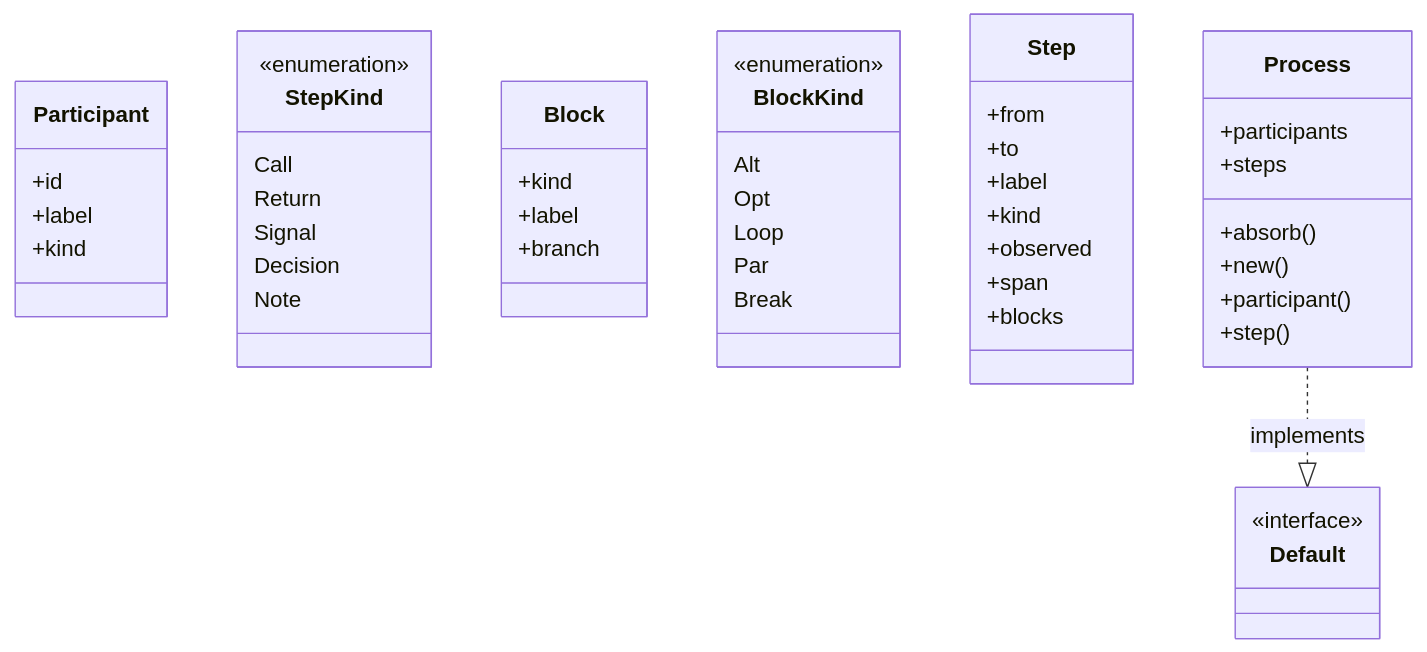
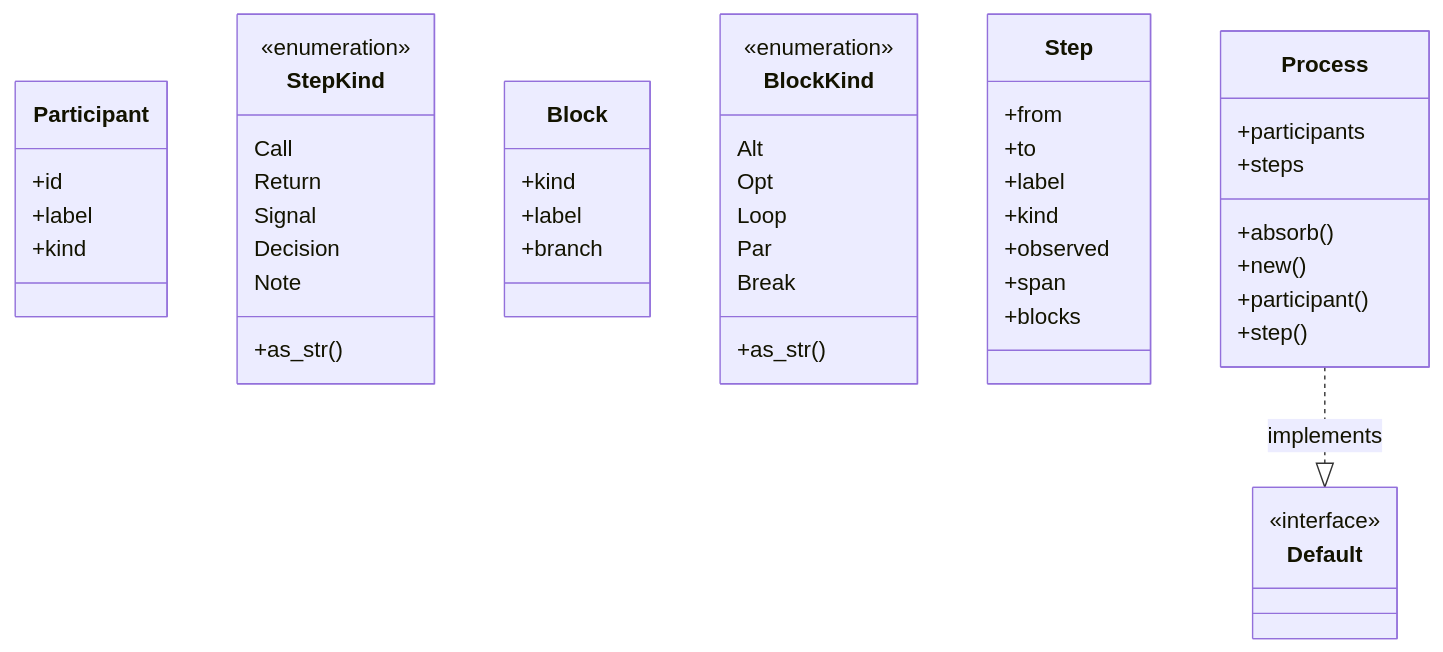
The first of 3 diagrams in docs/self-model/robby_ir/process/index.md (RyanGuild/self-describing-code), drawn with Mermaid before and after one commit. The commit also changed other lines of this file and 747 other files, not shown here.

````diff
--- a/docs/self-model/robby_ir/process/index.md
+++ b/docs/self-model/robby_ir/process/index.md
@@ -14,50 +14,52 @@
 ```mermaid
 classDiagram
     class Participant {
         +id
         +label
         +kind
     }
     class StepKind {
         <<enumeration>>
         Call
         Return
         Signal
         Decision
         Note
+        +as_str()
     }
     class Block {
         +kind
         +label
         +branch
     }
     class BlockKind {
         <<enumeration>>
         Alt
         Opt
         Loop
         Par
         Break
+        +as_str()
     }
     class Step {
         +from
         +to
         +label
         +kind
         +observed
         +span
         +blocks
     }
     class Process {
         +participants
         +steps
         +absorb()
         +new()
         +participant()
         +step()
     }
     class Default {
         <<interface>>
     }
     Process ..|> Default : implements
 ```
````
